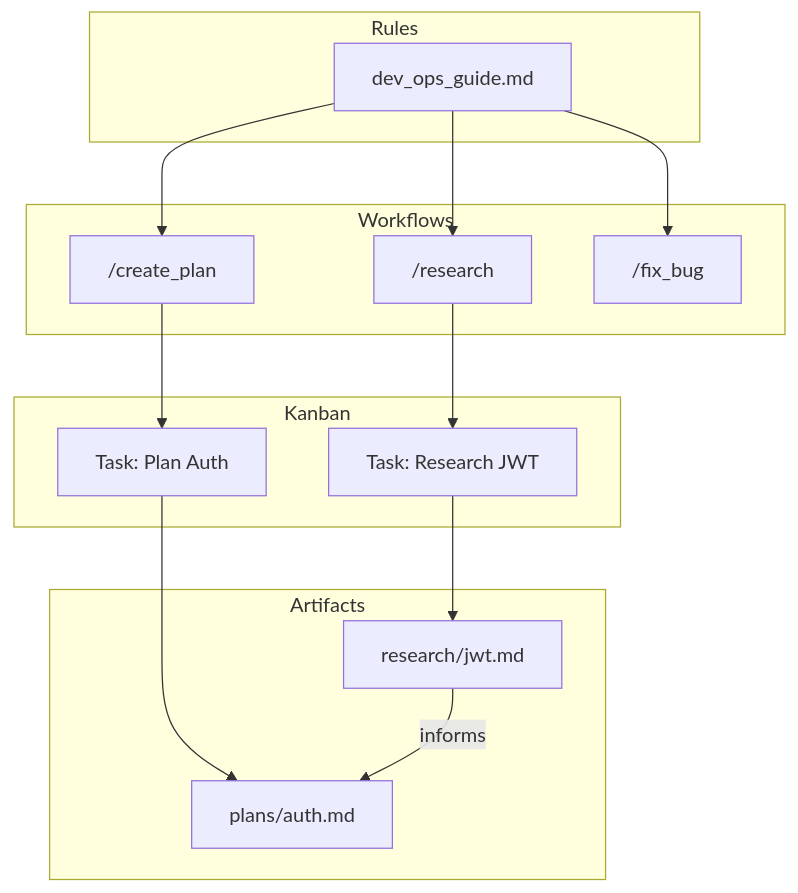
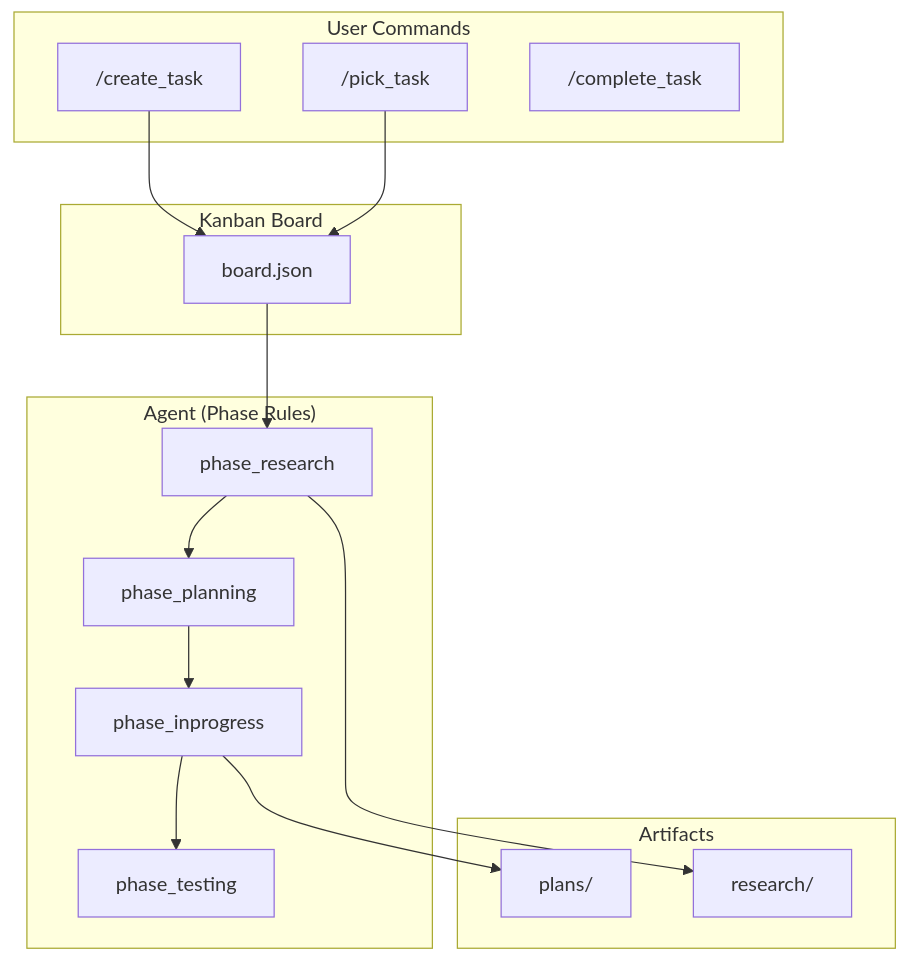
One commit to NunoMoura/dev_ops changed the first of 2 diagrams in README.md. Above: the diagram before and after it, drawn with Mermaid. The commit also changed other lines of this file and 47 other files, not shown here.

First line of the commit message:
refactor: separate user commands from agent procedures

````diff
--- a/README.md
+++ b/README.md
@@ -21,29 +22,30 @@
 ```mermaid
 graph TB
-    subgraph "Rules"
-        GUIDE["dev_ops_guide.md"]
+    subgraph "User Commands"
+        C1["/create_task"]
+        C2["/pick_task"]
+        C3["/complete_task"]
     end
-    
-    subgraph "Workflows"
-        W1["/create_plan"]
-        W2["/research"]
-        W3["/fix_bug"]
+
+    subgraph "Kanban Board"
+        KB["board.json"]
     end
-    
-    subgraph "Kanban"
-        T1["Task: Plan Auth"]
-        T2["Task: Research JWT"]
+
+    subgraph "Agent (Phase Rules)"
+        PR["phase_research"]
+        PP["phase_planning"]
+        PI["phase_inprogress"]
+        PT["phase_testing"]
     end
-    
+
     subgraph "Artifacts"
-        A1["plans/auth.md"]
-        A2["research/jwt.md"]
+        A1["plans/"]
+        A2["research/"]
     end
-    
-    GUIDE --> W1 & W2 & W3
-    W1 --> T1
-    W2 --> T2
-    T1 --> A1
-    T2 --> A2
-    A2 -->|informs| A1
+
+    C1 --> KB
+    C2 --> KB
+    KB --> PR --> PP --> PI --> PT
+    PI --> A1
+    PR --> A2
 ```
````
